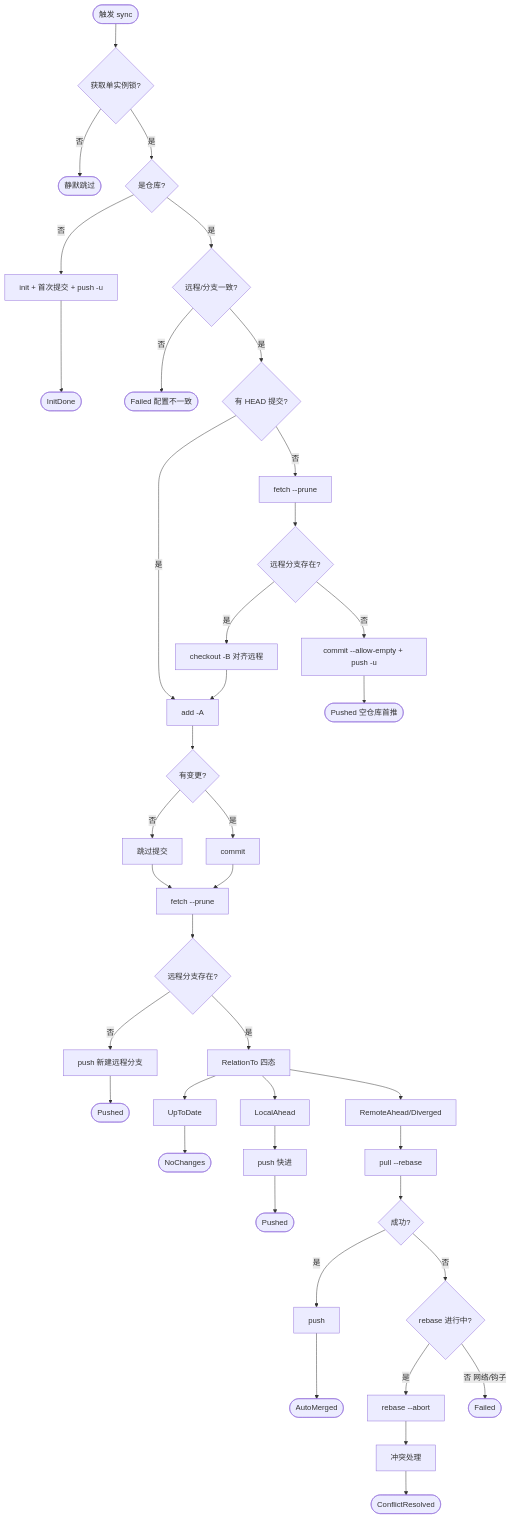
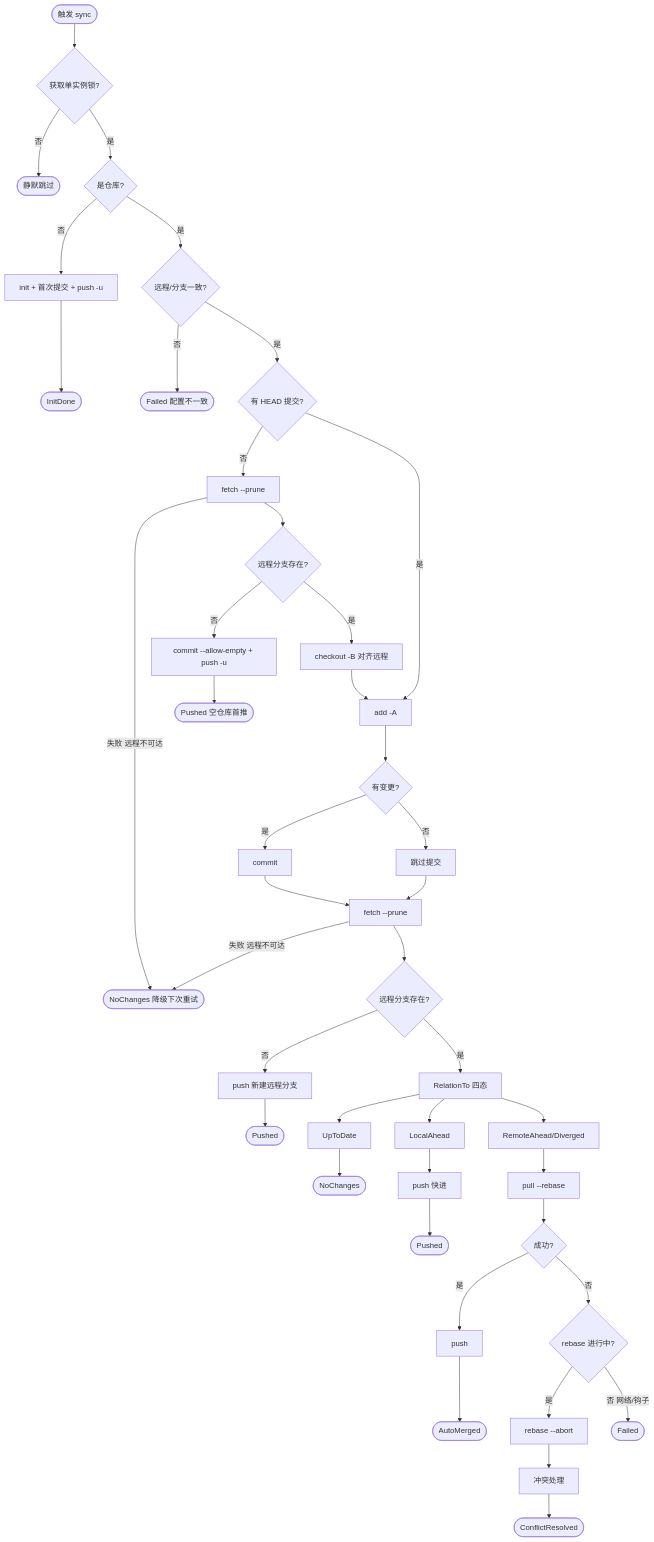
One commit to int2t05/AutoSync changed the first of 4 diagrams in docs/flow.md. Above: the diagram before and after it, drawn with Mermaid. The commit also changed other lines of this file and 42 other files, not shown here.

````diff
--- a/docs/flow.md
+++ b/docs/flow.md
@@ -7,42 +7,44 @@
 ```mermaid
 flowchart TD
   START([触发 sync]) --> LOCK{获取单实例锁?}
   LOCK -->|否| SKIP([静默跳过])
   LOCK -->|是| ISREPO{是仓库?}
   ISREPO -->|否| INIT[init + 首次提交 + push -u]
   INIT --> DONE1([InitDone])
   ISREPO -->|是| VERIFY{远程/分支一致?}
   VERIFY -->|否| FAILC([Failed 配置不一致])
   VERIFY -->|是| HASHEAD{有 HEAD 提交?}
   HASHEAD -->|否| FETCH2[fetch --prune]
+  FETCH2 -->|失败 远程不可达| NOC0([NoChanges 降级下次重试])
   FETCH2 --> EXIST2{远程分支存在?}
   EXIST2 -->|是| CO[checkout -B 对齐远程]
   CO --> ADD
   EXIST2 -->|否| PUSHFIRST[commit --allow-empty + push -u]
   PUSHFIRST --> DONE7([Pushed 空仓库首推])
   HASHEAD -->|是| ADD[add -A]
   ADD --> CHG{有变更?}
   CHG -->|是| COMMIT[commit]
   CHG -->|否| NOCOMMIT[跳过提交]
   COMMIT --> FETCH[fetch --prune]
   NOCOMMIT --> FETCH
+  FETCH -->|失败 远程不可达| NOC0
   FETCH --> EXIST{远程分支存在?}
   EXIST -->|否| PUSHDIRECT[push 新建远程分支]
   PUSHDIRECT --> DONE2([Pushed])
   EXIST -->|是| REL[RelationTo 四态]
   REL --> U[UpToDate]
   REL --> LA[LocalAhead]
   REL --> RA[RemoteAhead/Diverged]
   U --> DONE3([NoChanges])
   LA --> PUSHPUSH[push 快进]
   PUSHPUSH --> DONE4([Pushed])
   RA --> REBASE[pull --rebase]
   REBASE --> OK{成功?}
   OK -->|是| PUSHMERGE[push]
   PUSHMERGE --> DONE5([AutoMerged])
   OK -->|否| RB{rebase 进行中?}
   RB -->|是| ABORT[rebase --abort]
   ABORT --> CONFLICT[冲突处理]
   CONFLICT --> DONE6([ConflictResolved])
   RB -->|否 网络/钩子| FAIL1([Failed])
 ```
````
